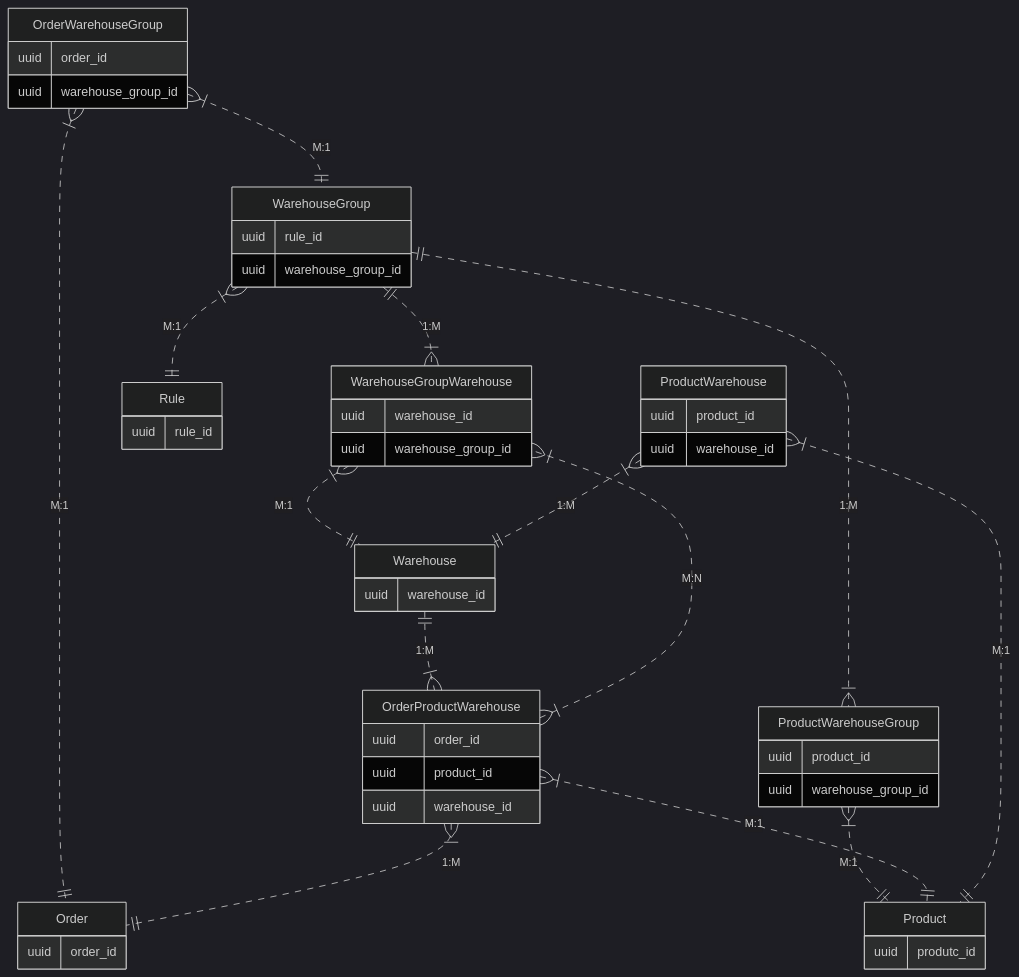
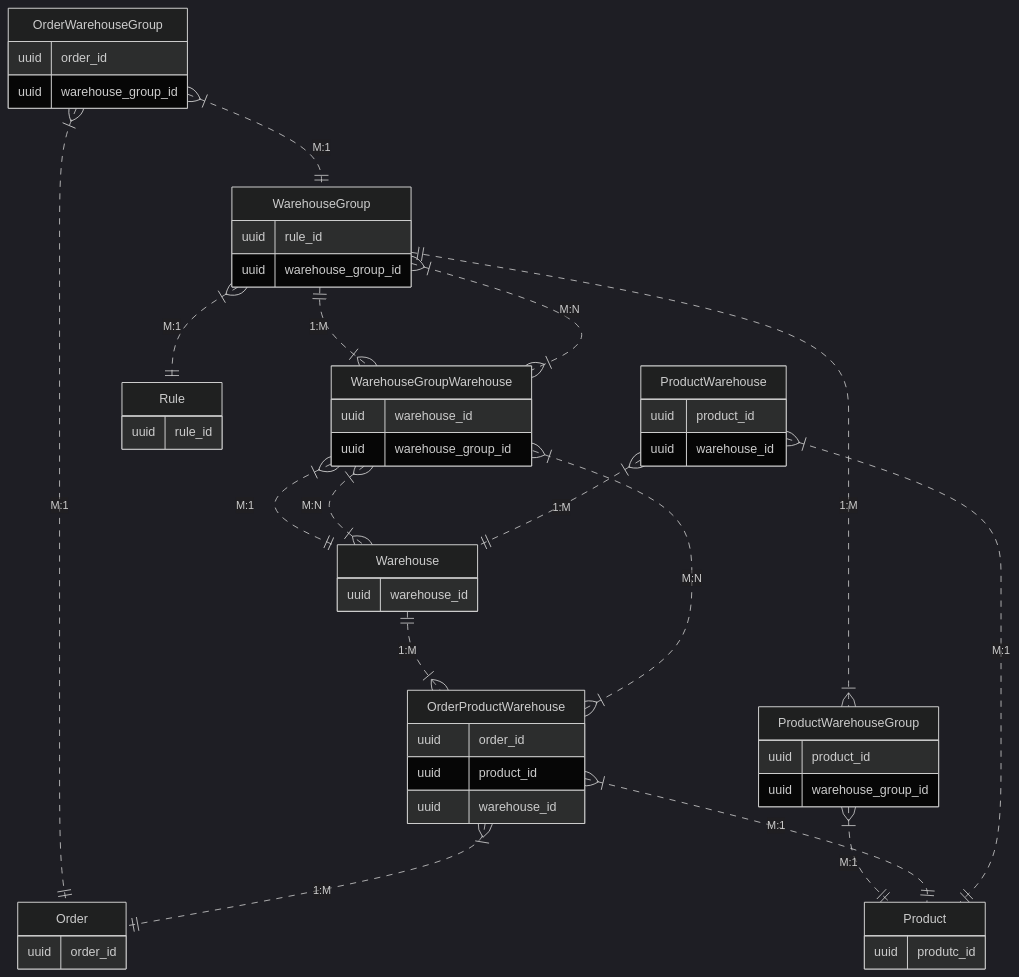
One commit to shopware/docs changed the diagram in guides/plugins/plugins/api/multi-inventory.md. Above: the diagram before and after it, drawn with Mermaid (dark theme). The commit also changed 12 other files, not shown here.

````diff
--- a/guides/plugins/plugins/api/multi-inventory.md
+++ b/guides/plugins/plugins/api/multi-inventory.md
@@ -37,53 +37,55 @@
 ```mermaid
 erDiagram
     OrderWarehouseGroup }|..|| Order : "M:1"
     OrderWarehouseGroup {
         uuid order_id
         uuid warehouse_group_id
     }
     OrderWarehouseGroup }|..|| WarehouseGroup : "M:1"
     OrderProductWarehouse }|..|| Order : "1:M"
     OrderProductWarehouse{
         uuid order_id
         uuid product_id
         uuid warehouse_id
     }
     Order {
         uuid order_id
     }
     OrderProductWarehouse }|..|{ WarehouseGroupWarehouse : "M:N"
     Warehouse {
         uuid warehouse_id
     }
     WarehouseGroup }|..|| Rule : "M:1"
     Rule{
         uuid rule_id
     }
     WarehouseGroup {
         uuid rule_id
         uuid warehouse_group_id
     }
     WarehouseGroup ||..|{ ProductWarehouseGroup : "1:M"
     ProductWarehouseGroup {
         uuid product_id
         uuid warehouse_group_id
     }
     WarehouseGroup ||..|{ WarehouseGroupWarehouse : "1:M"
+    WarehouseGroup }|..|{ WarehouseGroupWarehouse : "M:N"
     WarehouseGroupWarehouse {
         uuid warehouse_id
         uuid warehouse_group_id
     }
     ProductWarehouseGroup }|..|| Product : "M:1"
     OrderProductWarehouse }|..|| Product : "M:1"
     Product {
         uuid produtc_id
     }
     ProductWarehouse }|..|| Product : "M:1"
     WarehouseGroupWarehouse }|..|| Warehouse : "M:1"
+    WarehouseGroupWarehouse }|..|{ Warehouse : "M:N"
     ProductWarehouse }|..|| Warehouse : "1:M"
     ProductWarehouse {
         uuid product_id
         uuid warehouse_id
     }
     Warehouse ||..|{ OrderProductWarehouse : "1:M"
 ```
````
